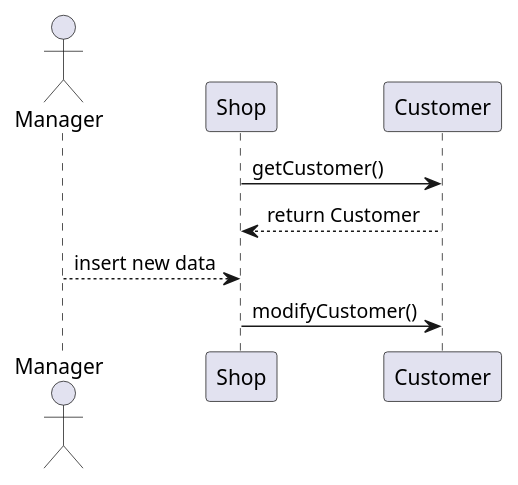
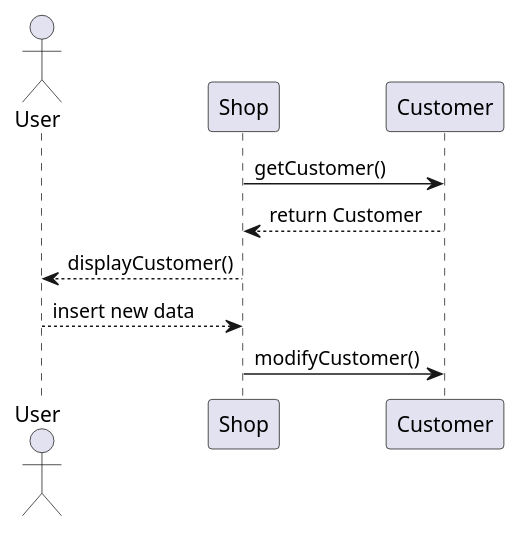
Diagram 13 of 17 in Deliverables/DesignDocument.md (b3xul/ezshop), drawn with PlantUML before and after one commit. The commit also changed other lines of this file, not shown here.

Commit message:
updated sequences

````diff
--- a/Deliverables/DesignDocument.md
+++ b/Deliverables/DesignDocument.md
@@ -485,14 +469,15 @@
 ```plantuml
 @startuml
 
-actor Manager
+actor User
 participant Shop
 participant Customer
 
 Shop -> Customer: getCustomer()
 Customer --> Shop: return Customer
-Manager --> Shop: insert new data
+Shop --> User: displayCustomer()
+User --> Shop: insert new data
 Shop -> Customer: modifyCustomer()
 
 @enduml
 ```
````
